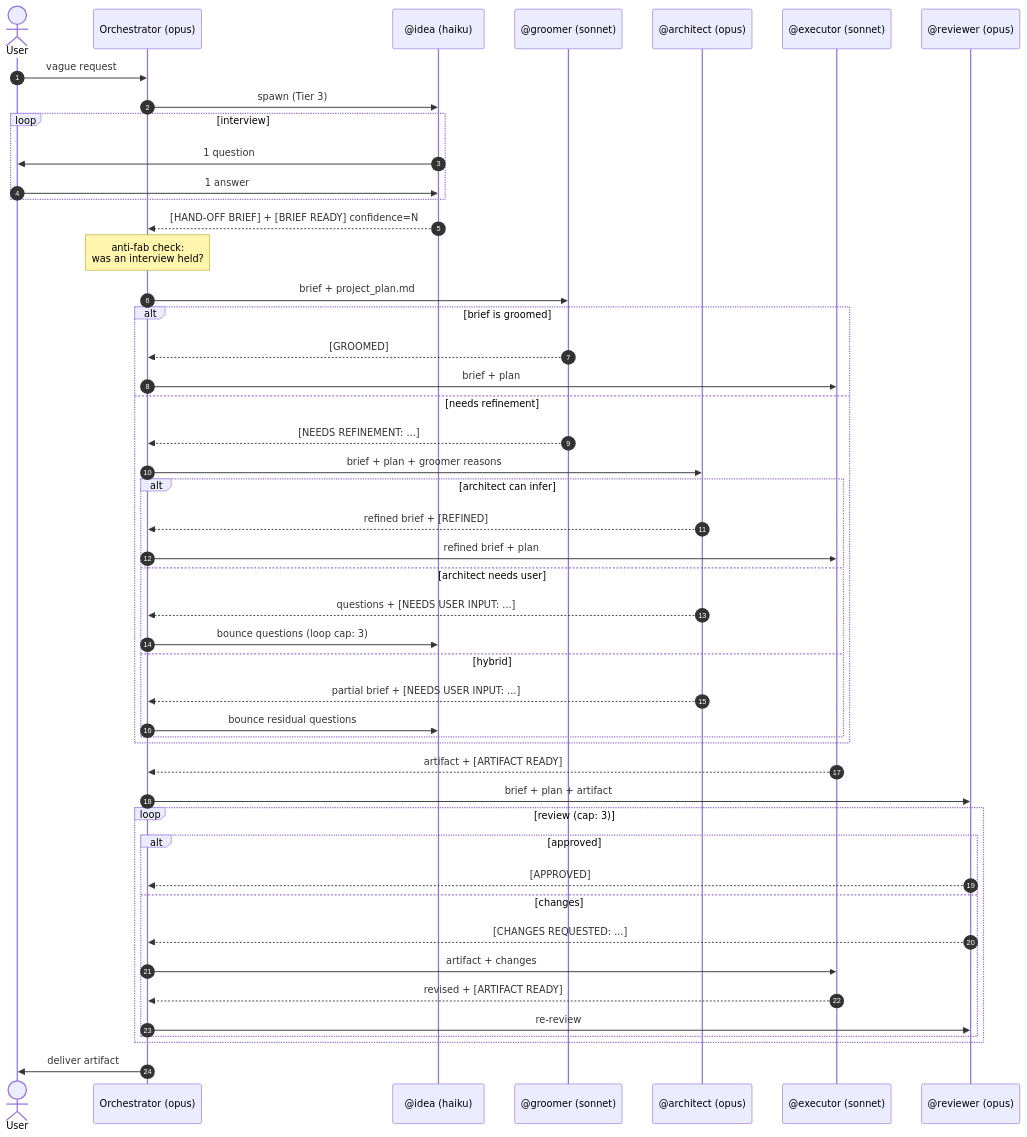
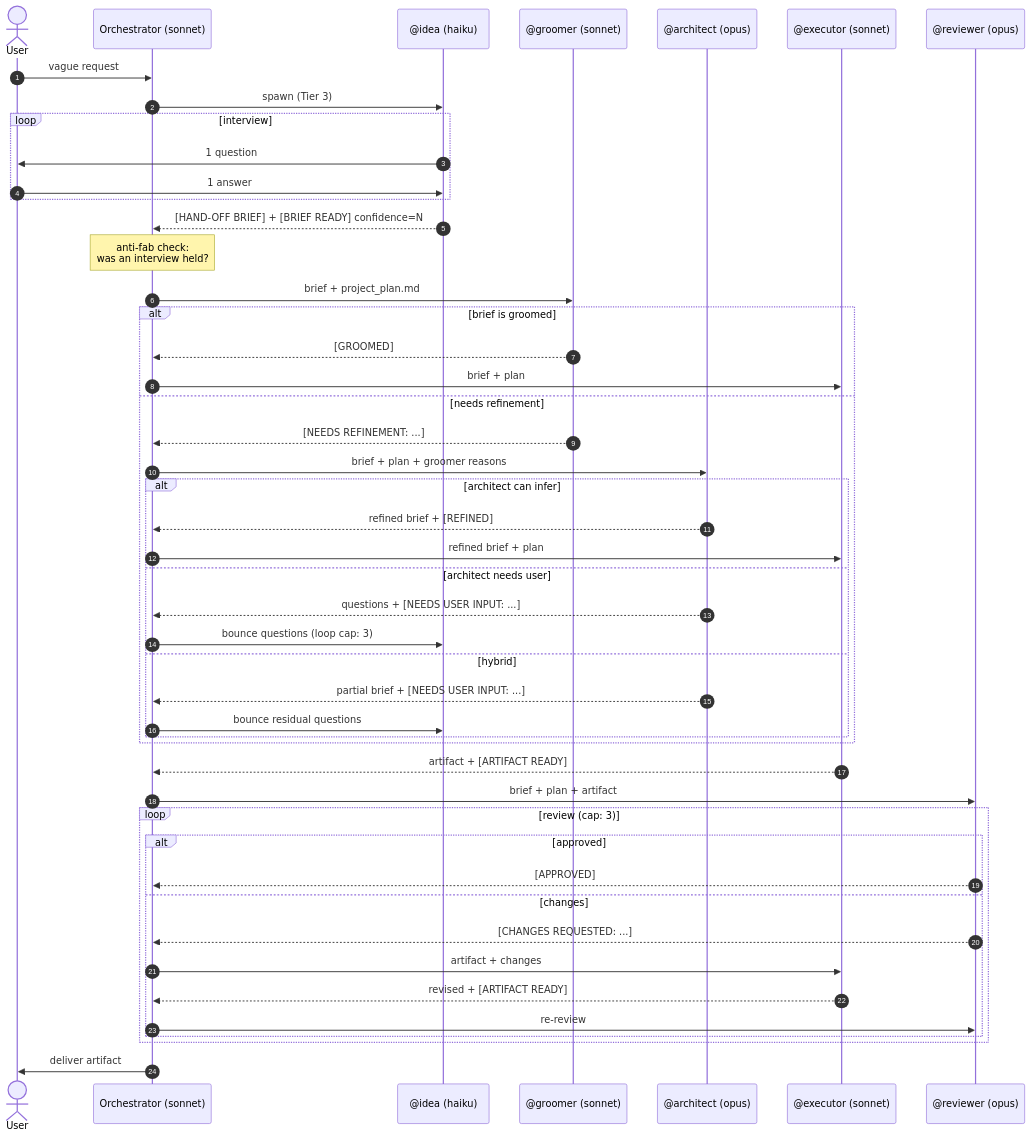
The diagram in diagrams/03-full-pipeline-sequence.mmd (suchakra/claude-workflow.md), drawn with Mermaid before and after one commit. The commit also changed 15 other files, not shown here.

First line of the commit message:
Update orchestrator to sonnet; refresh diagrams and strip version pins

```diff
--- a/diagrams/03-full-pipeline-sequence.mmd
+++ b/diagrams/03-full-pipeline-sequence.mmd
@@ -1,49 +1,49 @@
 sequenceDiagram
     autonumber
     actor U as User
-    participant O as Orchestrator (opus)
+    participant O as Orchestrator (sonnet)
     participant I as @idea (haiku)
     participant G as @groomer (sonnet)
     participant A as @architect (opus)
     participant E as @executor (sonnet)
     participant R as @reviewer (opus)
 
     U->>O: vague request
     O->>I: spawn (Tier 3)
     loop interview
         I->>U: 1 question
         U->>I: 1 answer
     end
     I-->>O: [HAND-OFF BRIEF] + [BRIEF READY] confidence=N
     Note over O: anti-fab check:<br/>was an interview held?
     O->>G: brief + project_plan.md
     alt brief is groomed
         G-->>O: [GROOMED]
         O->>E: brief + plan
     else needs refinement
         G-->>O: [NEEDS REFINEMENT: ...]
         O->>A: brief + plan + groomer reasons
         alt architect can infer
             A-->>O: refined brief + [REFINED]
             O->>E: refined brief + plan
         else architect needs user
             A-->>O: questions + [NEEDS USER INPUT: ...]
             O->>I: bounce questions (loop cap: 3)
         else hybrid
             A-->>O: partial brief + [NEEDS USER INPUT: ...]
             O->>I: bounce residual questions
         end
     end
     E-->>O: artifact + [ARTIFACT READY]
     O->>R: brief + plan + artifact
     loop review (cap: 3)
         alt approved
             R-->>O: [APPROVED]
         else changes
             R-->>O: [CHANGES REQUESTED: ...]
             O->>E: artifact + changes
             E-->>O: revised + [ARTIFACT READY]
             O->>R: re-review
         end
     end
     O->>U: deliver artifact
```
